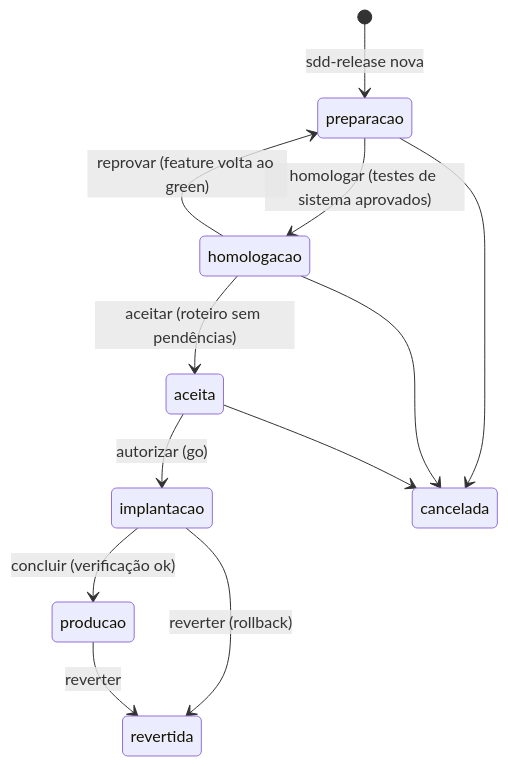
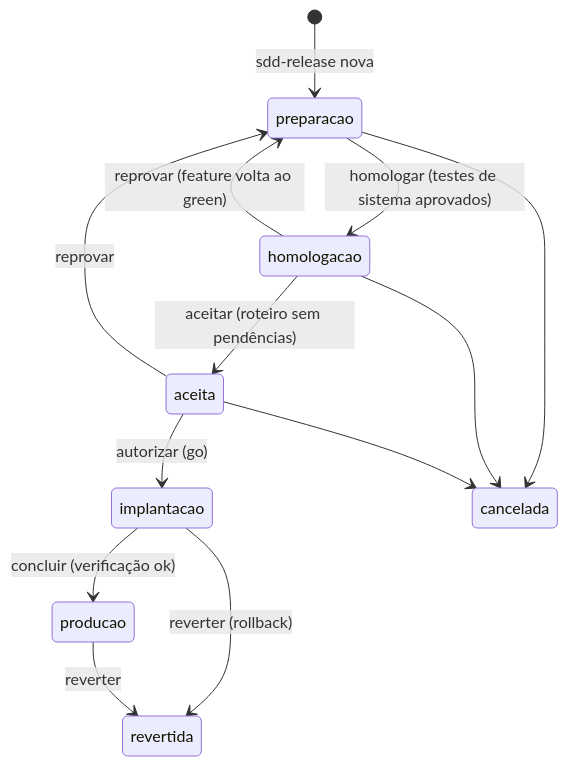
One commit to geraldodominguez/sdd-plugin changed the second of 4 diagrams in docs/referencia/ciclo-de-vida.md. Above: the diagram before and after it, drawn with Mermaid. The commit also changed 20 other files, not shown here.

````diff
--- a/docs/referencia/ciclo-de-vida.md
+++ b/docs/referencia/ciclo-de-vida.md
@@ -189,14 +189,15 @@
 ```mermaid
 stateDiagram-v2
     [*] --> preparacao: sdd-release nova
     preparacao --> homologacao: homologar (testes de sistema aprovados)
     homologacao --> aceita: aceitar (roteiro sem pendências)
     homologacao --> preparacao: reprovar (feature volta ao green)
+    aceita --> preparacao: reprovar
     aceita --> implantacao: autorizar (go)
     implantacao --> producao: concluir (verificação ok)
     implantacao --> revertida: reverter (rollback)
     producao --> revertida: reverter
     preparacao --> cancelada
     homologacao --> cancelada
     aceita --> cancelada
 ```
````
